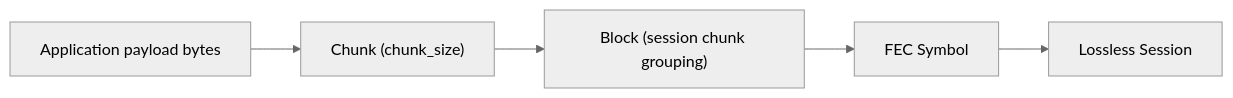
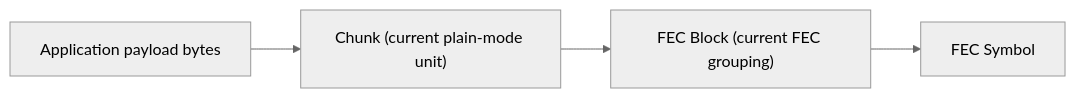
The diagram in docs/content/docs/config/lossless.mdx (iQua/nextmini), drawn with Mermaid (neutral theme) before and after one commit. The commit also changed other lines of this file and 4 other files, not shown here.

Commit message:
Updated lossless session design docs.

````diff
--- a/docs/content/docs/config/lossless.mdx
+++ b/docs/content/docs/config/lossless.mdx
@@ -25,13 +39,11 @@
 ```mermaid
 flowchart LR
   AppData["Application payload bytes"]
-  Chunk["Chunk (chunk_size)"]
-  Block["Block (session chunk grouping)"]
+  Chunk["Chunk (current plain-mode unit)"]
+  FecBlock["FEC Block (current FEC grouping)"]
   Symbol["FEC Symbol"]
-  Session["Lossless Session"]
 
   AppData --> Chunk
-  Chunk --> Block
-  Block --> Symbol
-  Symbol --> Session
+  Chunk --> FecBlock
+  FecBlock --> Symbol
 ```
````
